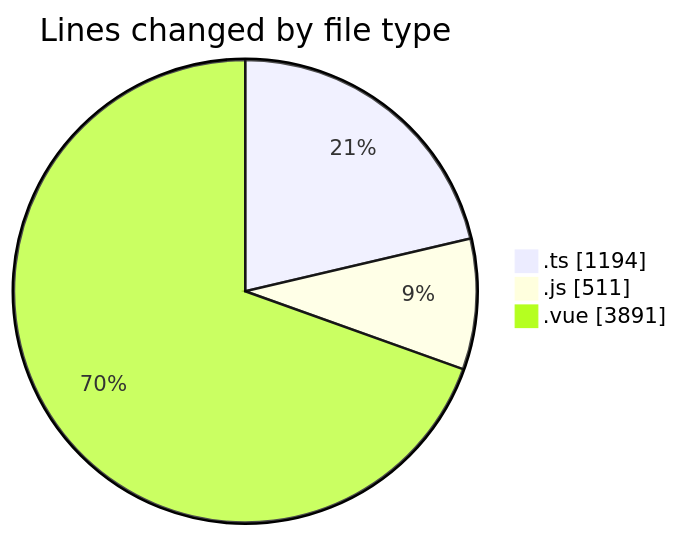
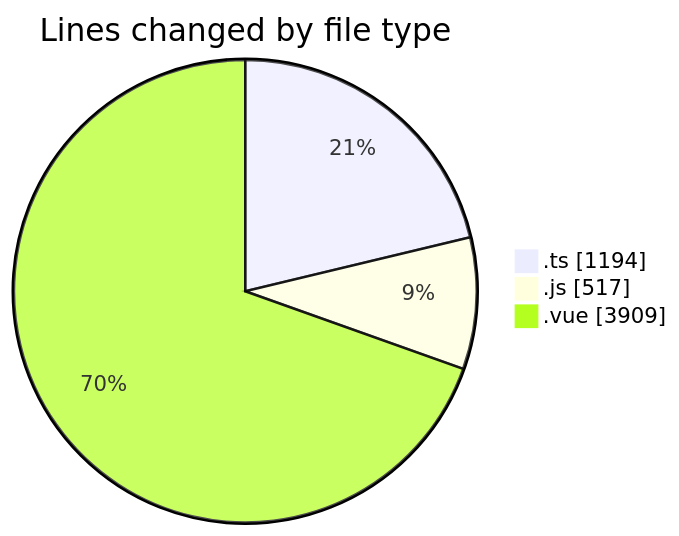
Before and after one commit to lephambinh05/code-tracking: the first of 2 diagrams in 2025-08-16/rentotp/README.md, drawn with Mermaid. The commit also changed other lines of this file and 2 other files, not shown here.

````diff
--- a/2025-08-16/rentotp/README.md
+++ b/2025-08-16/rentotp/README.md
@@ -36,7 +36,7 @@
 ```mermaid
 pie showData
 title Lines changed by file type
 ".ts" : 1194
-".js" : 511
-".vue" : 3891
+".js" : 517
+".vue" : 3909
 ```
````
